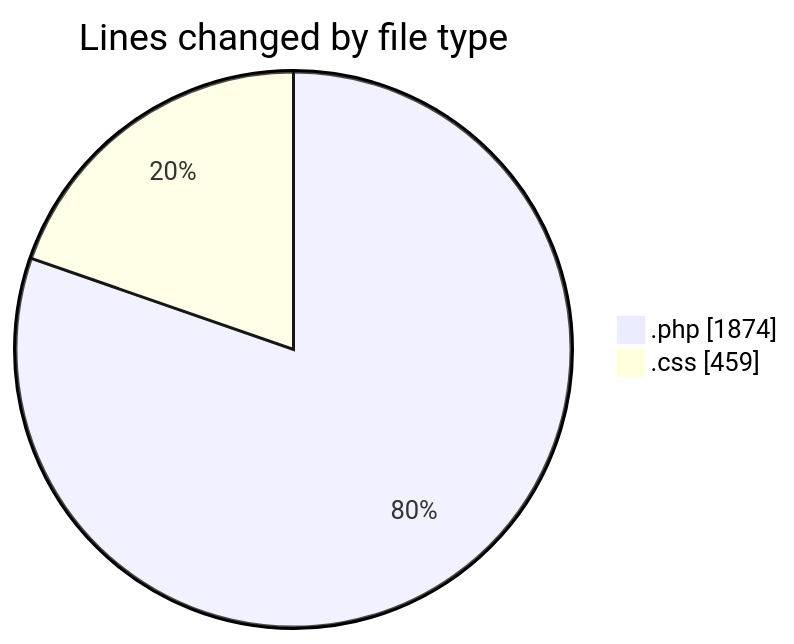
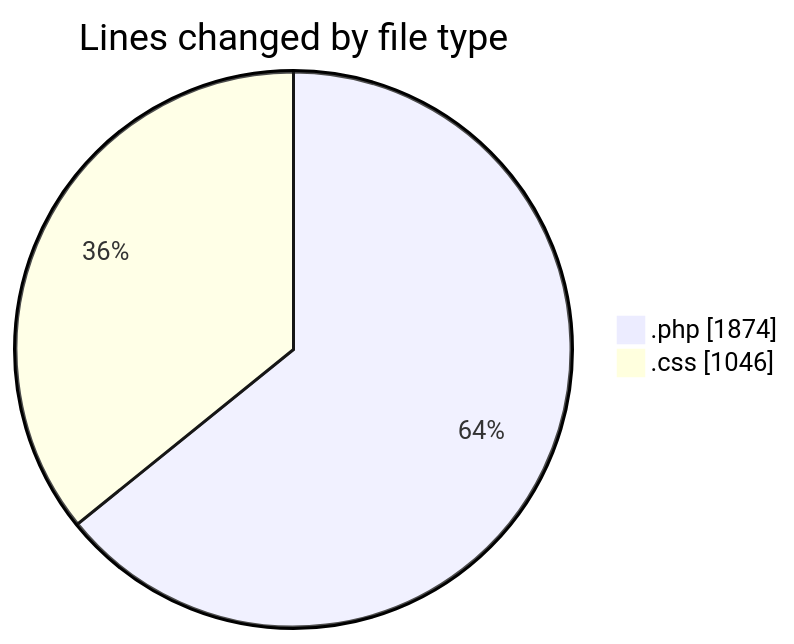
The first of 2 diagrams in 2026-08-14/untitled__workspace_/README.md (debugP/code-tracking), drawn with Mermaid before and after one commit. The commit also changed other lines of this file and 1 other file, not shown here.

````diff
--- a/2026-08-14/untitled__workspace_/README.md
+++ b/2026-08-14/untitled__workspace_/README.md
@@ -21,6 +22,6 @@
 ```mermaid
 pie showData
 title Lines changed by file type
 ".php" : 1874
-".css" : 459
+".css" : 1046
 ```
````
